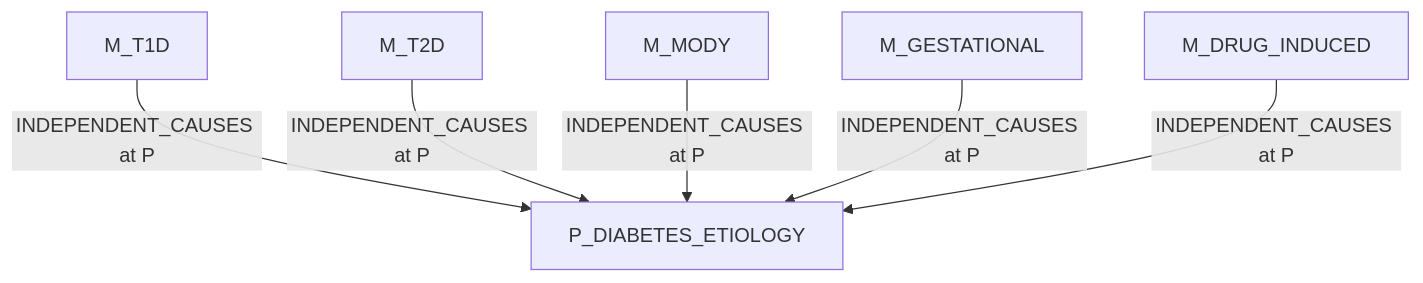
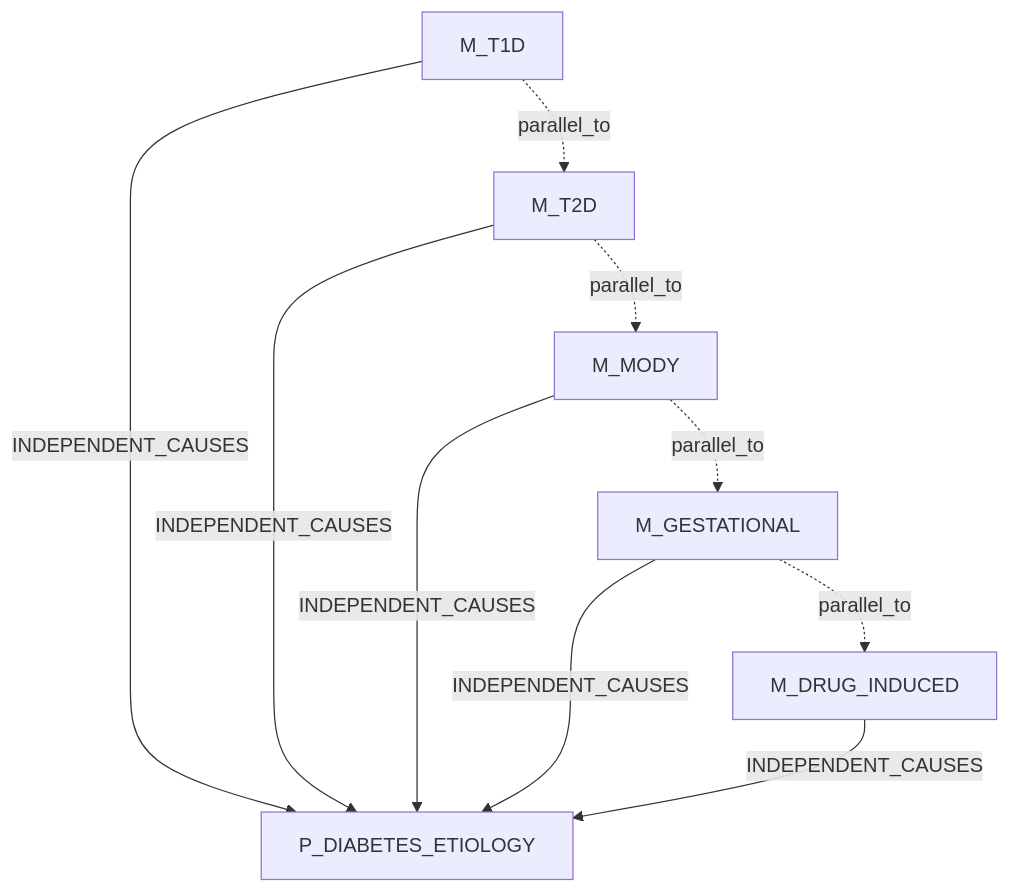
Before and after one commit to eliannaqk/bioKG: the tenth of 10 diagrams in ingest/CLAIM_OBJECT_MECHANISM_DAG_EXAMPLES.md, drawn with Mermaid. The commit also changed other lines of this file and 5 other files, not shown here.

````diff
--- a/ingest/CLAIM_OBJECT_MECHANISM_DAG_EXAMPLES.md
+++ b/ingest/CLAIM_OBJECT_MECHANISM_DAG_EXAMPLES.md
@@ -371,15 +575,20 @@
 ```mermaid
 flowchart TD
-  P["P_DIABETES_ETIOLOGY"]
   A["M_T1D"]
   B["M_T2D"]
   C["M_MODY"]
   D["M_GESTATIONAL"]
   E["M_DRUG_INDUCED"]
+  P["P_DIABETES_ETIOLOGY"]
 
-  A -- "INDEPENDENT_CAUSES at P" --> P
-  B -- "INDEPENDENT_CAUSES at P" --> P
-  C -- "INDEPENDENT_CAUSES at P" --> P
-  D -- "INDEPENDENT_CAUSES at P" --> P
-  E -- "INDEPENDENT_CAUSES at P" --> P
+  A -- "INDEPENDENT_CAUSES" --> P
+  B -- "INDEPENDENT_CAUSES" --> P
+  C -- "INDEPENDENT_CAUSES" --> P
+  D -- "INDEPENDENT_CAUSES" --> P
+  E -- "INDEPENDENT_CAUSES" --> P
+
+  A -. "parallel_to" .-> B
+  B -. "parallel_to" .-> C
+  C -. "parallel_to" .-> D
+  D -. "parallel_to" .-> E
 ```
````
